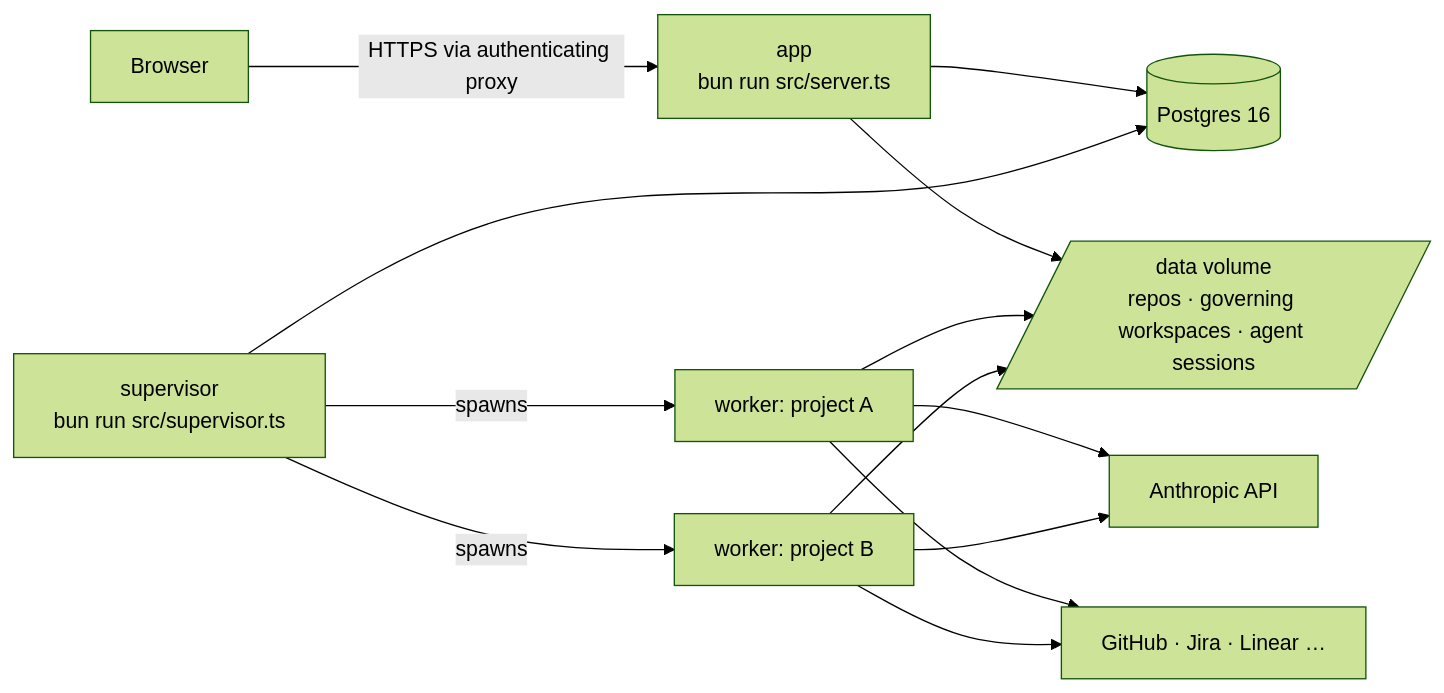
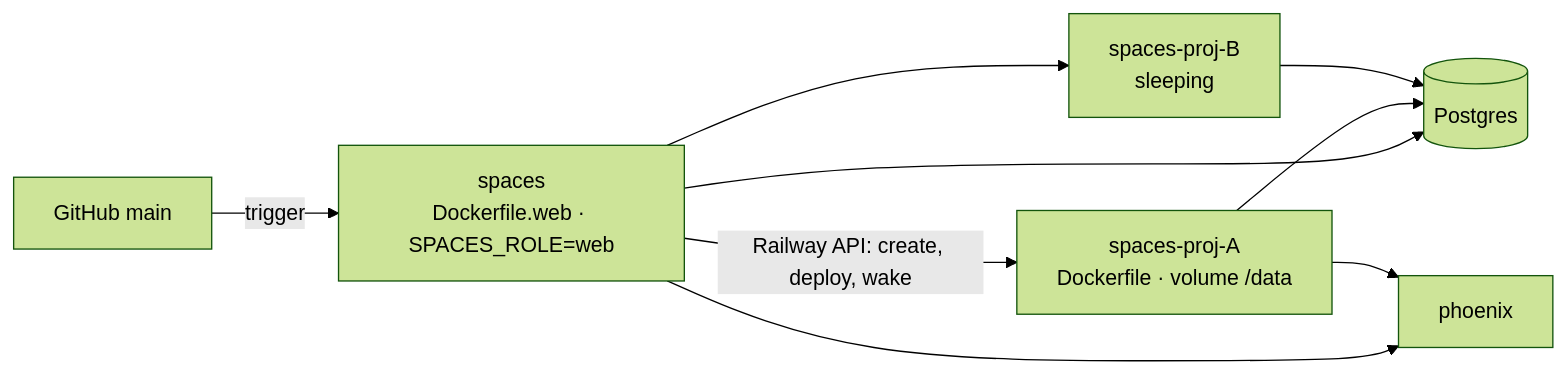
Before and after one commit to rayedbajwa/spaces: the diagram in docs/operations/cloud-deployment.md, drawn with Mermaid (forest theme). The commit also changed other lines of this file and 11 other files, not shown here.

First line of the commit message:
docs: architecture, scaling and deployment for a worker per project (#142)

````diff
--- a/docs/operations/cloud-deployment.md
+++ b/docs/operations/cloud-deployment.md
@@ -5,11 +77,8 @@
 ```mermaid
 flowchart LR
-  U[Browser] -->|HTTPS via authenticating proxy| A[app<br/>bun run src/server.ts]
-  A --> P[(Postgres 16)]
-  S[supervisor<br/>bun run src/supervisor.ts] --> P
-  S -->|spawns| W1[worker: project A]
-  S -->|spawns| W2[worker: project B]
-  A & W1 & W2 --> D[/data volume<br/>repos · governing workspaces · agent sessions/]
-  W1 & W2 --> LLM[Anthropic API]
-  W1 & W2 --> GH[GitHub · Jira · Linear …]
+  GH[GitHub main] -->|trigger| S[spaces<br/>Dockerfile.web · SPACES_ROLE=web]
+  S -->|Railway API: create, deploy, wake| W1[spaces-proj-A<br/>Dockerfile · volume /data]
+  S --> W2[spaces-proj-B<br/>sleeping]
+  S & W1 & W2 --> PG[(Postgres)]
+  S & W1 --> PX[phoenix]
 ```
````
